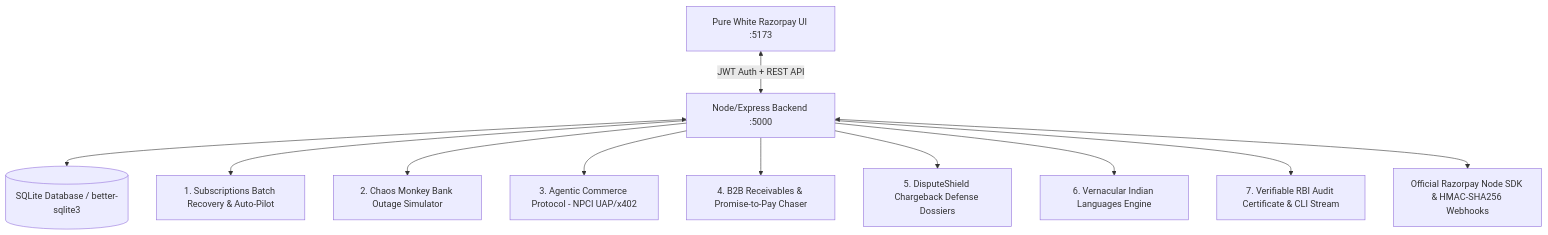
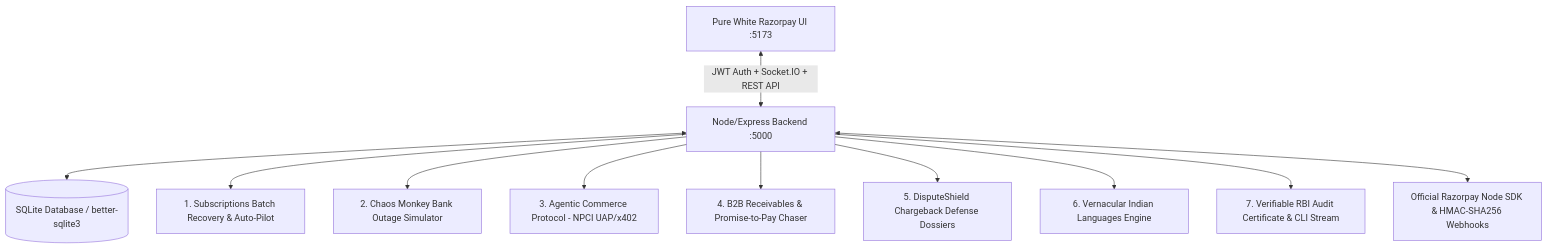
Before and after one commit to Deeppatil-AI/RevivePay: the diagram in README.md, drawn with Mermaid. The commit also changed other lines of this file and 17 other files, not shown here.

````diff
--- a/README.md
+++ b/README.md
@@ -23,15 +46,15 @@
 ```mermaid
 graph TD
-    Client[Pure White Razorpay UI :5173] <-->|JWT Auth + REST API| Server[Node/Express Backend :5000]
+    Client[Pure White Razorpay UI :5173] <-->|JWT Auth + Socket.IO + REST API| Server[Node/Express Backend :5000]
     Server <--> SQLite[(SQLite Database / better-sqlite3)]
     
     Server --> M1[1. Subscriptions Batch Recovery & Auto-Pilot]
     Server --> M2[2. Chaos Monkey Bank Outage Simulator]
     Server --> M3[3. Agentic Commerce Protocol - NPCI UAP/x402]
     Server --> M4[4. B2B Receivables & Promise-to-Pay Chaser]
     Server --> M5[5. DisputeShield Chargeback Defense Dossiers]
     Server --> M6[6. Vernacular Indian Languages Engine]
     Server --> M7[7. Verifiable RBI Audit Certificate & CLI Stream]
     
     Server <--> RZP[Official Razorpay Node SDK & HMAC-SHA256 Webhooks]
 ```
````
